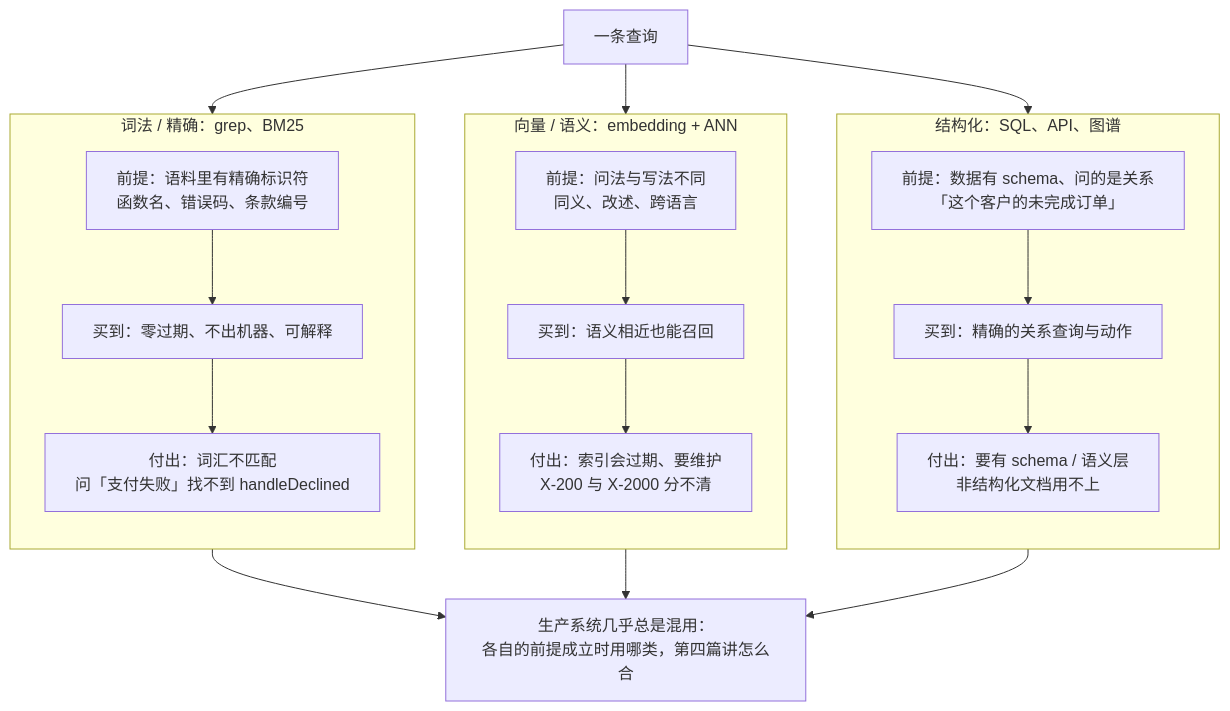
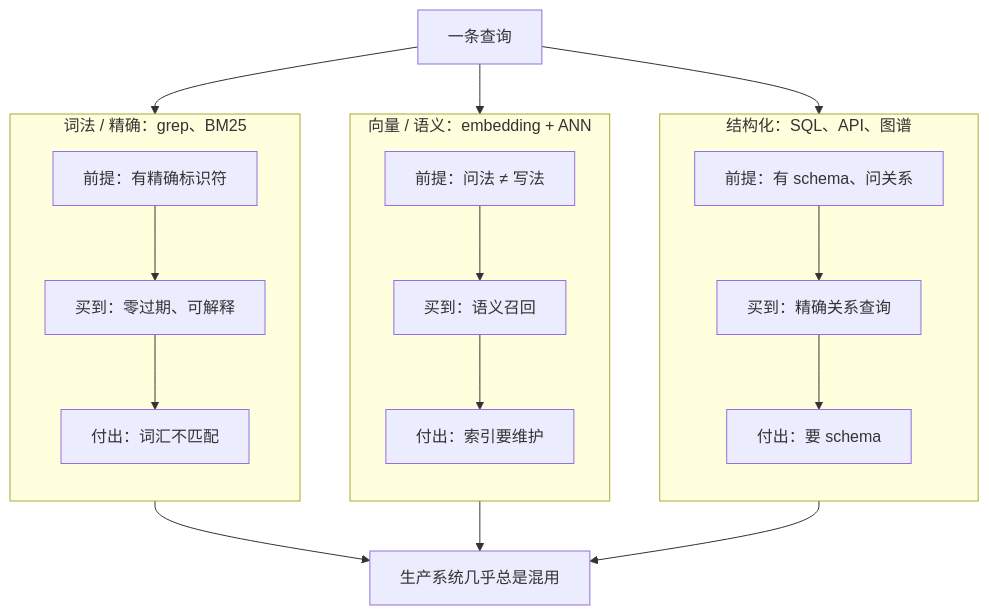
The third of 7 diagrams in slides/2026-10-19-retrieval-and-knowledge.md (arganzheng/arganzheng.github.com), drawn with Mermaid before and after one commit. The commit also changed other lines of this file, not shown here.

Commit message:
slides/retrieval-and-knowledge: cut/shorten mermaid diagrams below 14px rendered text (check-render smalltext/overlap)

````diff
--- a/slides/2026-10-19-retrieval-and-knowledge.md
+++ b/slides/2026-10-19-retrieval-and-knowledge.md
@@ -76,19 +76,19 @@
 ```mermaid
 %%{init: {"flowchart": {"wrappingWidth": 300}}}%%
 flowchart TB
     Q["一条查询"] --> L & V & S
     subgraph L["词法 / 精确：grep、BM25"]
         direction TB
-        L1["前提：语料里有精确标识符<br/>函数名、错误码、条款编号"] --> L2["买到：零过期、不出机器、可解释"] --> L3["付出：词汇不匹配<br/>问「支付失败」找不到 handleDeclined"]
+        L1["前提：有精确标识符"] --> L2["买到：零过期、可解释"] --> L3["付出：词汇不匹配"]
     end
     subgraph V["向量 / 语义：embedding + ANN"]
         direction TB
-        V1["前提：问法与写法不同<br/>同义、改述、跨语言"] --> V2["买到：语义相近也能召回"] --> V3["付出：索引会过期、要维护<br/>X-200 与 X-2000 分不清"]
+        V1["前提：问法 ≠ 写法"] --> V2["买到：语义召回"] --> V3["付出：索引要维护"]
     end
     subgraph S["结构化：SQL、API、图谱"]
         direction TB
-        S1["前提：数据有 schema、问的是关系<br/>「这个客户的未完成订单」"] --> S2["买到：精确的关系查询与动作"] --> S3["付出：要有 schema / 语义层<br/>非结构化文档用不上"]
+        S1["前提：有 schema、问关系"] --> S2["买到：精确关系查询"] --> S3["付出：要 schema"]
     end
-    L & V & S --> H["生产系统几乎总是混用：<br/>各自的前提成立时用哪类，第四篇讲怎么合"]
+    L & V & S --> H["生产系统几乎总是混用"]
 
 ```
````
